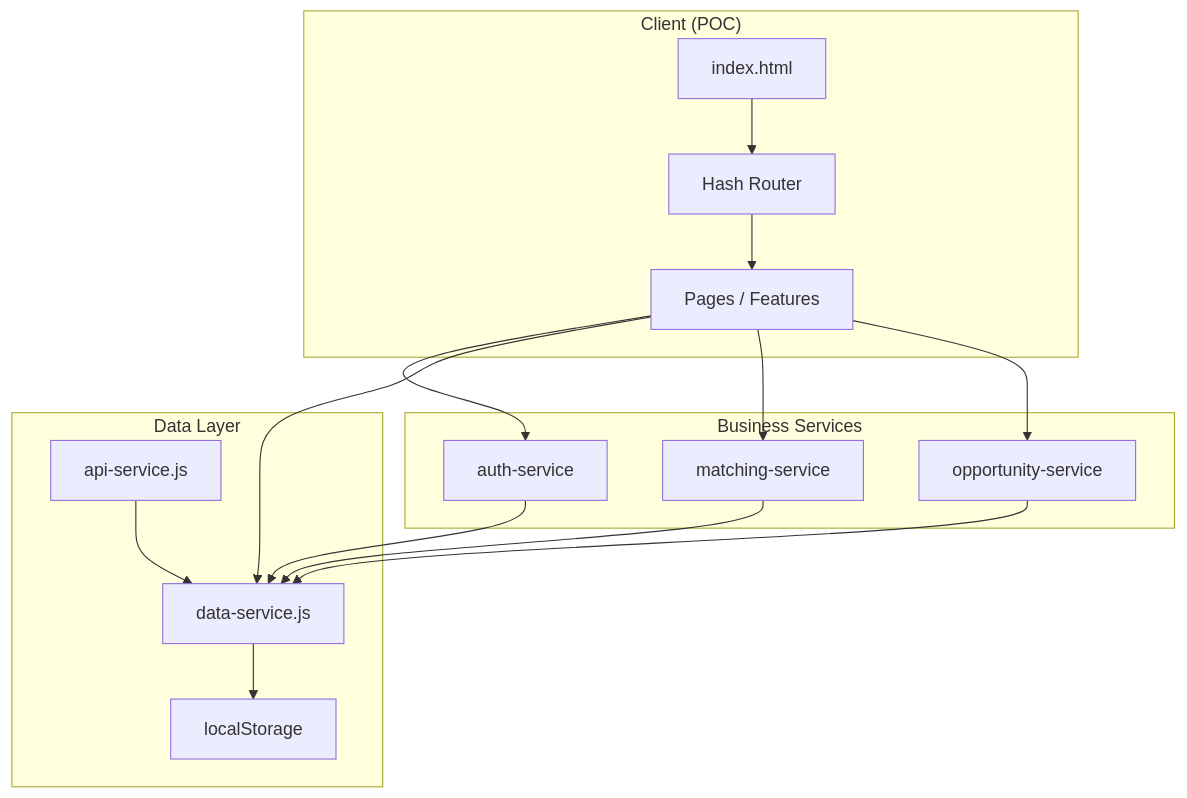
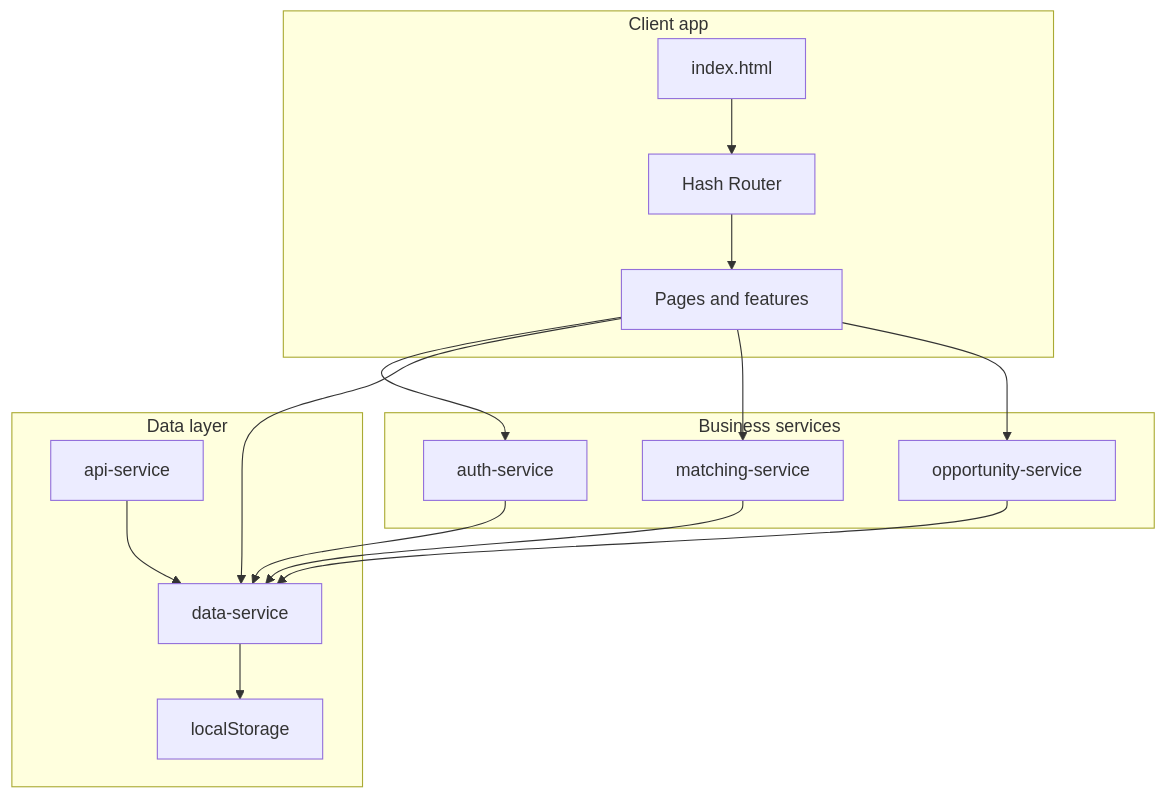
Before and after one commit to Mabdelmofdy/PMtwin1: the diagram in docs/overview.md, drawn with Mermaid. The commit also changed other lines of this file and 681 other files, not shown here.

````diff
--- a/docs/overview.md
+++ b/docs/overview.md
@@ -17,32 +47,32 @@
 ```mermaid
 flowchart TB
-  subgraph Client["Client (POC)"]
+  subgraph Client["Client app"]
     Entry[index.html]
     Router[Hash Router]
-    Pages[Pages / Features]
+    Pages[Pages and features]
     Entry --> Router
     Router --> Pages
   end
 
-  subgraph Data["Data Layer"]
+  subgraph Data["Data layer"]
     Storage[localStorage]
-    DataService[data-service.js]
-    ApiService[api-service.js]
+    DataService[data-service]
+    ApiService[api-service]
     DataService --> Storage
     ApiService --> DataService
   end
 
-  subgraph Services["Business Services"]
+  subgraph Services["Business services"]
     Auth[auth-service]
     Matching[matching-service]
     Opportunity[opportunity-service]
     Matching --> DataService
     Opportunity --> DataService
     Auth --> DataService
   end
 
   Pages --> Auth
   Pages --> DataService
   Pages --> Matching
   Pages --> Opportunity
 ```
````
